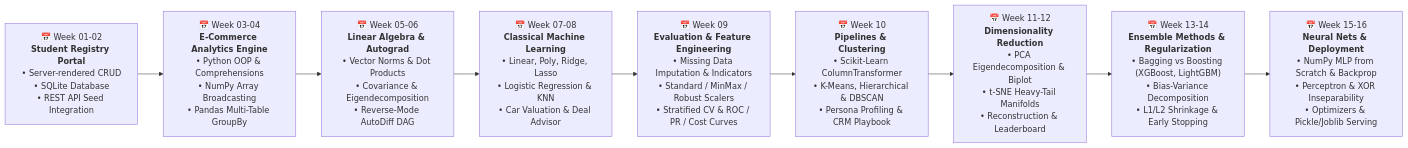
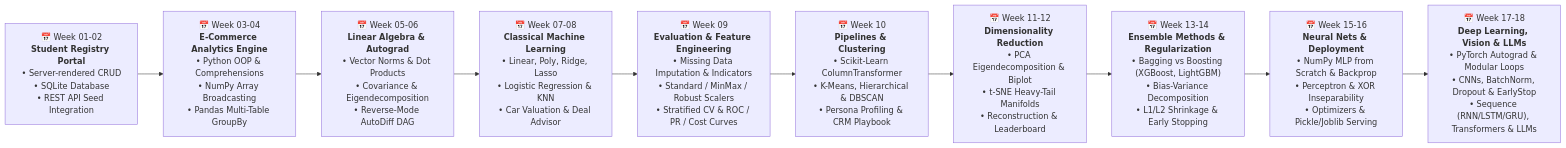
One commit to dhanish0711/Hack-o-Week-Odd-Semester-Session-2026-2027 changed the diagram in README.md. Above: the diagram before and after it, drawn with Mermaid. The commit also changed other lines of this file, not shown here.

Commit message:
docs: update root README roadmap and index with Week 17-18 deep learning masterclass

````diff
--- a/README.md
+++ b/README.md
@@ -25,12 +27,13 @@
 ```mermaid
 flowchart LR
     W1["📅 Week 01-02<br><b>Student Registry Portal</b><br>• Server-rendered CRUD<br>• SQLite Database<br>• REST API Seed Integration"]
     --> W3["📅 Week 03-04<br><b>E-Commerce Analytics Engine</b><br>• Python OOP & Comprehensions<br>• NumPy Array Broadcasting<br>• Pandas Multi-Table GroupBy"]
     --> W5["📅 Week 05-06<br><b>Linear Algebra & Autograd</b><br>• Vector Norms & Dot Products<br>• Covariance & Eigendecomposition<br>• Reverse-Mode AutoDiff DAG"]
     --> W7["📅 Week 07-08<br><b>Classical Machine Learning</b><br>• Linear, Poly, Ridge, Lasso<br>• Logistic Regression & KNN<br>• Car Valuation & Deal Advisor"]
     --> W9["📅 Week 09<br><b>Evaluation & Feature Engineering</b><br>• Missing Data Imputation & Indicators<br>• Standard / MinMax / Robust Scalers<br>• Stratified CV & ROC / PR / Cost Curves"]
     --> W10["📅 Week 10<br><b>Pipelines & Clustering</b><br>• Scikit-Learn ColumnTransformer<br>• K-Means, Hierarchical & DBSCAN<br>• Persona Profiling & CRM Playbook"]
     --> W11["📅 Week 11-12<br><b>Dimensionality Reduction</b><br>• PCA Eigendecomposition & Biplot<br>• t-SNE Heavy-Tail Manifolds<br>• Reconstruction & Leaderboard"]
     --> W13["📅 Week 13-14<br><b>Ensemble Methods & Regularization</b><br>• Bagging vs Boosting (XGBoost, LightGBM)<br>• Bias-Variance Decomposition<br>• L1/L2 Shrinkage & Early Stopping"]
     --> W15["📅 Week 15-16<br><b>Neural Nets & Deployment</b><br>• NumPy MLP from Scratch & Backprop<br>• Perceptron & XOR Inseparability<br>• Optimizers & Pickle/Joblib Serving"]
+    --> W17["📅 Week 17-18<br><b>Deep Learning, Vision & LLMs</b><br>• PyTorch Autograd & Modular Loops<br>• CNNs, BatchNorm, Dropout & EarlyStop<br>• Sequence (RNN/LSTM/GRU), Transformers & LLMs"]
 ```
````
